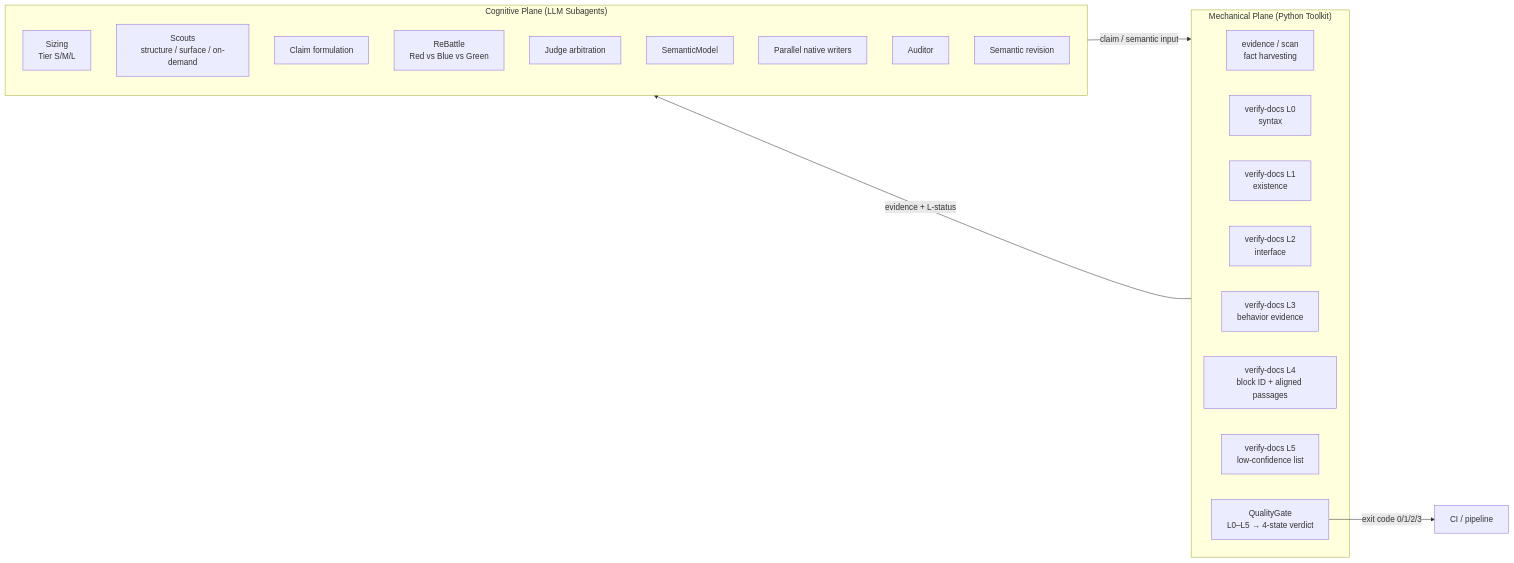
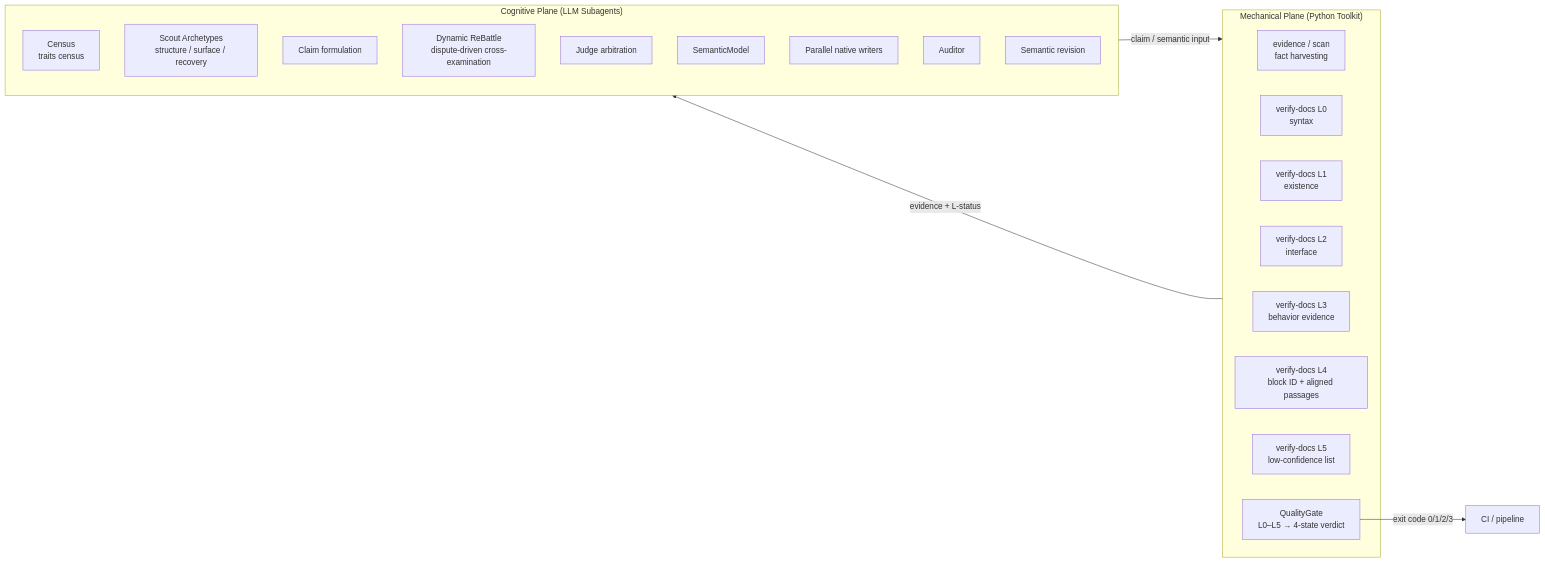
Before and after one commit to somnifex/MakeWiki.skills: the diagram in README.en.md, drawn with Mermaid. The commit also changed other lines of this file and 163 other files, not shown here.

First line of the commit message:
Add comprehensive tests for verification and architecture contracts

````diff
--- a/README.en.md
+++ b/README.en.md
@@ -104,29 +134,29 @@
 ```mermaid
 flowchart LR
     subgraph Cognitive["Cognitive Plane (LLM Subagents)"]
-        Sizing["Sizing<br/>Tier S/M/L"]
-        Scout["Scouts<br/>structure / surface / on-demand"]
+        Census["Census<br/>traits census"]
+        Scout["Scout Archetypes<br/>structure / surface / recovery"]
         Claims["Claim formulation"]
-        ReB["ReBattle<br/>Red vs Blue vs Green"]
+        ReB["Dynamic ReBattle<br/>dispute-driven cross-examination"]
         Judge["Judge arbitration"]
         Model["SemanticModel"]
         Writers["Parallel native writers"]
         Audit["Auditor"]
         Revise["Semantic revision"]
     end
 
     subgraph Mechanical["Mechanical Plane (Python Toolkit)"]
         Evid["evidence / scan<br/>fact harvesting"]
         V0["verify-docs L0<br/>syntax"]
         V1["verify-docs L1<br/>existence"]
         V2["verify-docs L2<br/>interface"]
         V3["verify-docs L3<br/>behavior evidence"]
         V4["verify-docs L4<br/>block ID + aligned passages"]
         V5["verify-docs L5<br/>low-confidence list"]
         QG["QualityGate<br/>L0–L5 → 4-state verdict"]
     end
 
     Cognitive -->|claim / semantic input| Mechanical
     Mechanical -->|evidence + L-status| Cognitive
     QG -->|exit code 0/1/2/3| CI[CI / pipeline]
 ```
````
